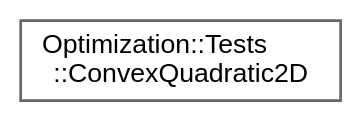
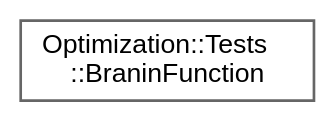
Before and after one commit to jswoo0615/Algorithms_for_Optimization_cpp: the diagram in inherit_graph_33.dot, drawn with Graphviz. The commit also changed 37 other files, not shown here.

```diff
--- a/inherit_graph_33.dot
+++ b/inherit_graph_33.dot
@@ -1,9 +1,9 @@
 digraph "Graphical Class Hierarchy"
 {
  // LATEX_PDF_SIZE
   bgcolor="transparent";
   edge [fontname=Helvetica,fontsize=10,labelfontname=Helvetica,labelfontsize=10];
   node [fontname=Helvetica,fontsize=10,shape=box,height=0.2,width=0.4];
   rankdir="LR";
-  Node0 [id="Node000000",label="Optimization::Tests\l::ConvexQuadratic2D",height=0.2,width=0.4,color="grey40", fillcolor="white", style="filled",URL="$structOptimization_1_1Tests_1_1ConvexQuadratic2D.html",tooltip=" "];
+  Node0 [id="Node000000",label="Optimization::Tests\l::BraninFunction",height=0.2,width=0.4,color="grey40", fillcolor="white", style="filled",URL="$structOptimization_1_1Tests_1_1BraninFunction.html",tooltip="Branin Function (전역 최적화 테스트용 벤치마크)"];
 }
```
